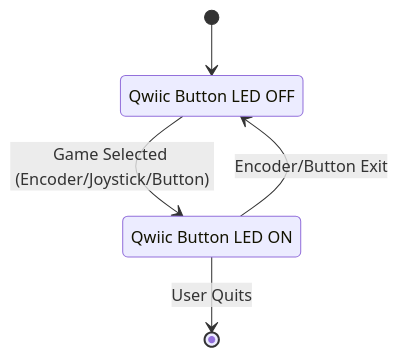
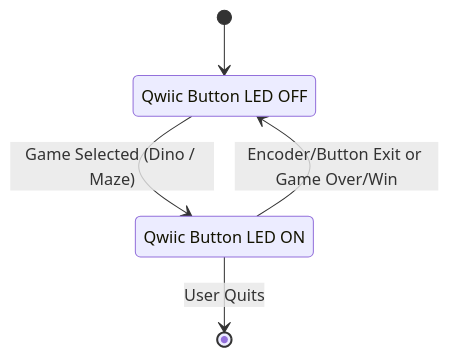
One commit to ji227/Jesse-Iriah-s-Lab-Hub changed the diagram in Lab 4/README.md. Above: the diagram before and after it, drawn with Mermaid.

````diff
--- a/Lab 4/README.md
+++ b/Lab 4/README.md
@@ -180,14 +180,14 @@
 ```mermaid
 stateDiagram-v2
 
 [*] --> MENU
 
     MENU: Qwiic Button LED OFF
 
-    MENU --> GAME_ACTIVE: Game Selected (Encoder/Joystick/Button)
+    MENU --> GAME_ACTIVE: Game Selected (Dino / Maze)
 
     GAME_ACTIVE: Qwiic Button LED ON
 
-    GAME_ACTIVE --> MENU: Encoder/Button Exit
+    GAME_ACTIVE --> MENU: Encoder/Button Exit or Game Over/Win
     GAME_ACTIVE --> [*]: User Quits
 ```
````
